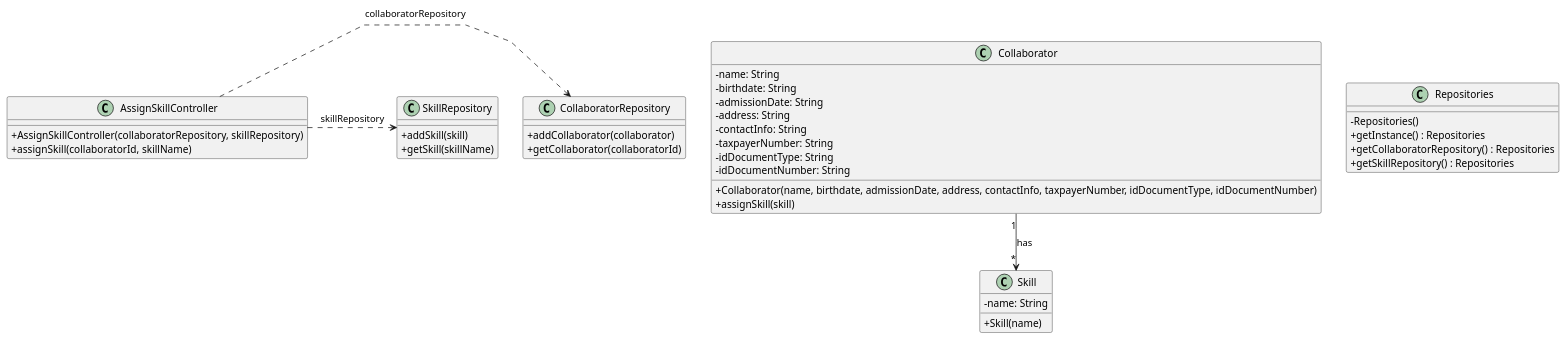
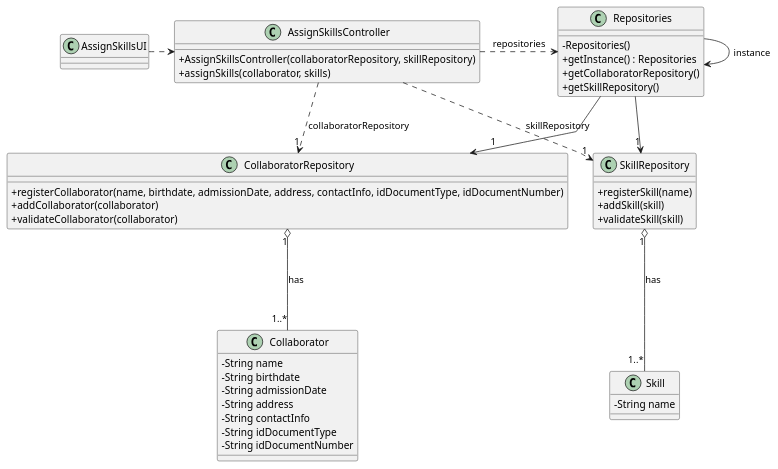
Before and after one commit to diogoveirospro/lei-24-s2-1dg-g072: the diagram in docs/sprintB/us004/03.design/puml/us004-class-diagram.puml, drawn with PlantUML.

Commit message:
US004 design changes

```diff
--- a/docs/sprintB/us004/03.design/puml/us004-class-diagram.puml
+++ b/docs/sprintB/us004/03.design/puml/us004-class-diagram.puml
@@ -1,56 +1,65 @@
 @startuml
 'skinparam monochrome true
 skinparam packageStyle rectangle
 skinparam shadowing false
 skinparam linetype polyline
-'skinparam linetype orto
 
 skinparam classAttributeIconSize 0
-
-'left to right direction
-
-class Collaborator {
-    - name: String
-    - birthdate: String
-    - admissionDate: String
-    - address: String
-    - contactInfo: String
-    - taxpayerNumber: String
-    - idDocumentType: String
-    - idDocumentNumber: String
-    + Collaborator(name, birthdate, admissionDate, address, contactInfo, taxpayerNumber, idDocumentType, idDocumentNumber)
-    + assignSkill(skill)
-}
-
-class Skill {
-    - name: String
-    + Skill(name)
-}
-
-class AssignSkillController {
-    + AssignSkillController(collaboratorRepository, skillRepository)
-    + assignSkill(collaboratorId, skillName)
-}
 
 class Repositories {
     - Repositories()
     + getInstance() : Repositories
-    + getCollaboratorRepository() : Repositories
-    + getSkillRepository() : Repositories
+    + getCollaboratorRepository()
+    + getSkillRepository()
+}
+
+class AssignSkillsController {
+    + AssignSkillsController(collaboratorRepository, skillRepository)
+    + assignSkills(collaborator, skills)
 }
 
 class CollaboratorRepository {
+    + registerCollaborator(name, birthdate, admissionDate, address, contactInfo, idDocumentType, idDocumentNumber)
     + addCollaborator(collaborator)
-    + getCollaborator(collaboratorId)
+    + validateCollaborator(collaborator)
 }
 
 class SkillRepository {
+    + registerSkill(name)
     + addSkill(skill)
-    + getSkill(skillName)
+    + validateSkill(skill)
 }
 
-Collaborator "1" --> "*" Skill : has
-AssignSkillController .> CollaboratorRepository : collaboratorRepository
-AssignSkillController .> SkillRepository : skillRepository
+class AssignSkillsUI {
+}
+
+class Collaborator {
+    - String name
+    - String birthdate
+    - String admissionDate
+    - String address
+    - String contactInfo
+    - String idDocumentType
+    - String idDocumentNumber
+}
+
+class Skill {
+    - String name
+}
+
+Repositories -> Repositories : instance
+
+AssignSkillsUI .> AssignSkillsController
+AssignSkillsController .> "1" CollaboratorRepository : collaboratorRepository
+AssignSkillsController .> "1" SkillRepository : skillRepository
+
+Repositories --> "1" CollaboratorRepository
+Repositories --> "1" SkillRepository
+
+AssignSkillsController .> Repositories : repositories
+
+CollaboratorRepository "1" o--- "1..*" Collaborator : has
+
+SkillRepository "1" o--- "1..*" Skill : has
 
 @enduml
```
